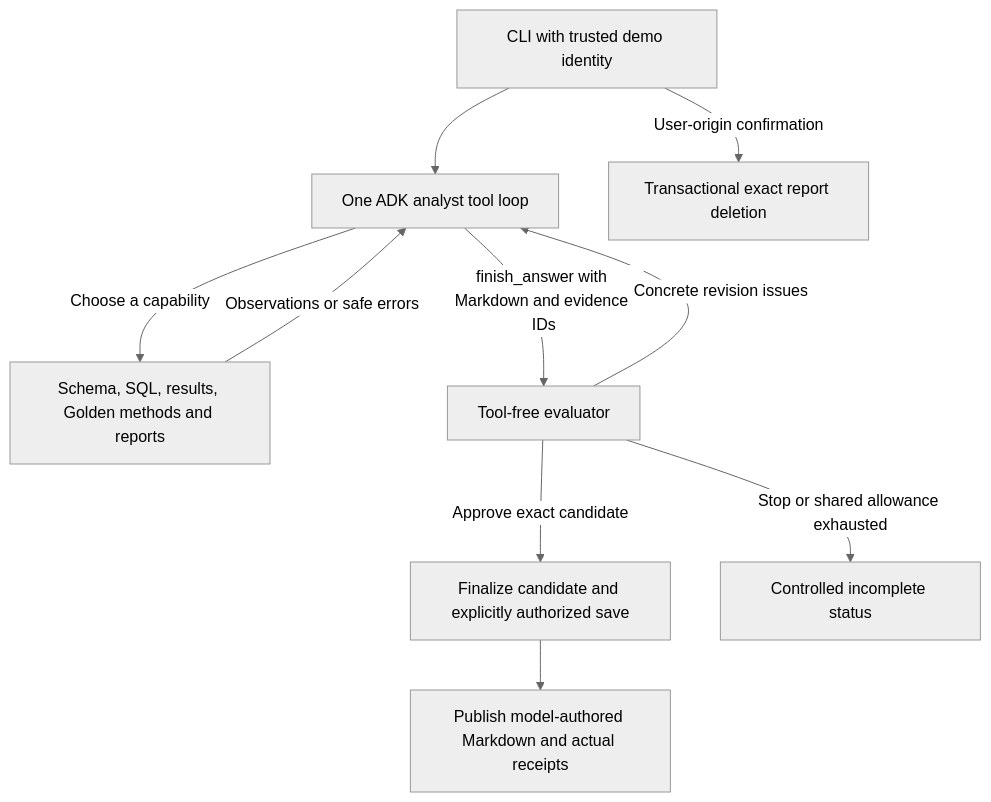
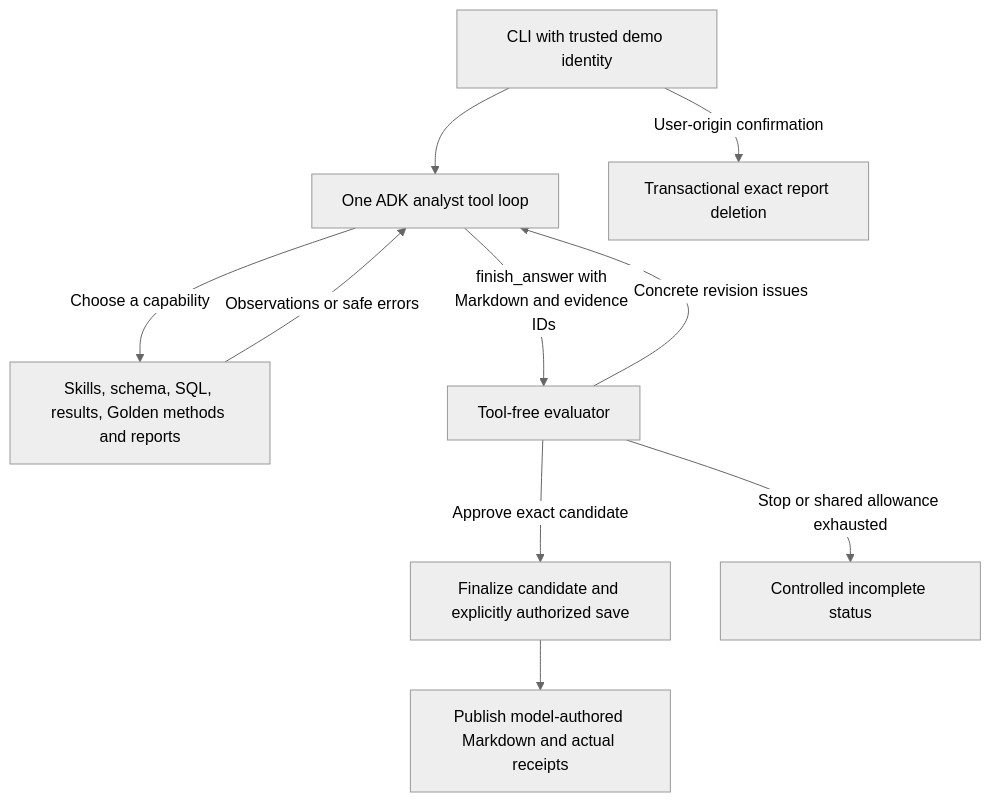
The diagram in docs/architecture.md (tymek100/opsfleet-task), drawn with Mermaid (neutral theme) before and after one commit. The commit also changed other lines of this file and 69 other files, not shown here.

Commit message:
architecture refactor

````diff
--- a/docs/architecture.md
+++ b/docs/architecture.md
@@ -21,12 +21,12 @@
 ```mermaid
 flowchart TD
     U[CLI with trusted demo identity] --> A[One ADK analyst tool loop]
-    A -->|Choose a capability| T[Schema, SQL, results, Golden methods and reports]
+    A -->|Choose a capability| T[Skills, schema, SQL, results, Golden methods and reports]
     T -->|Observations or safe errors| A
     A -->|finish_answer with Markdown and evidence IDs| E[Tool-free evaluator]
     E -->|Concrete revision issues| A
     E -->|Approve exact candidate| S[Finalize candidate and explicitly authorized save]
     S --> F[Publish model-authored Markdown and actual receipts]
     E -->|Stop or shared allowance exhausted| X[Controlled incomplete status]
     U -->|User-origin confirmation| D[Transactional exact report deletion]
 ```
````
